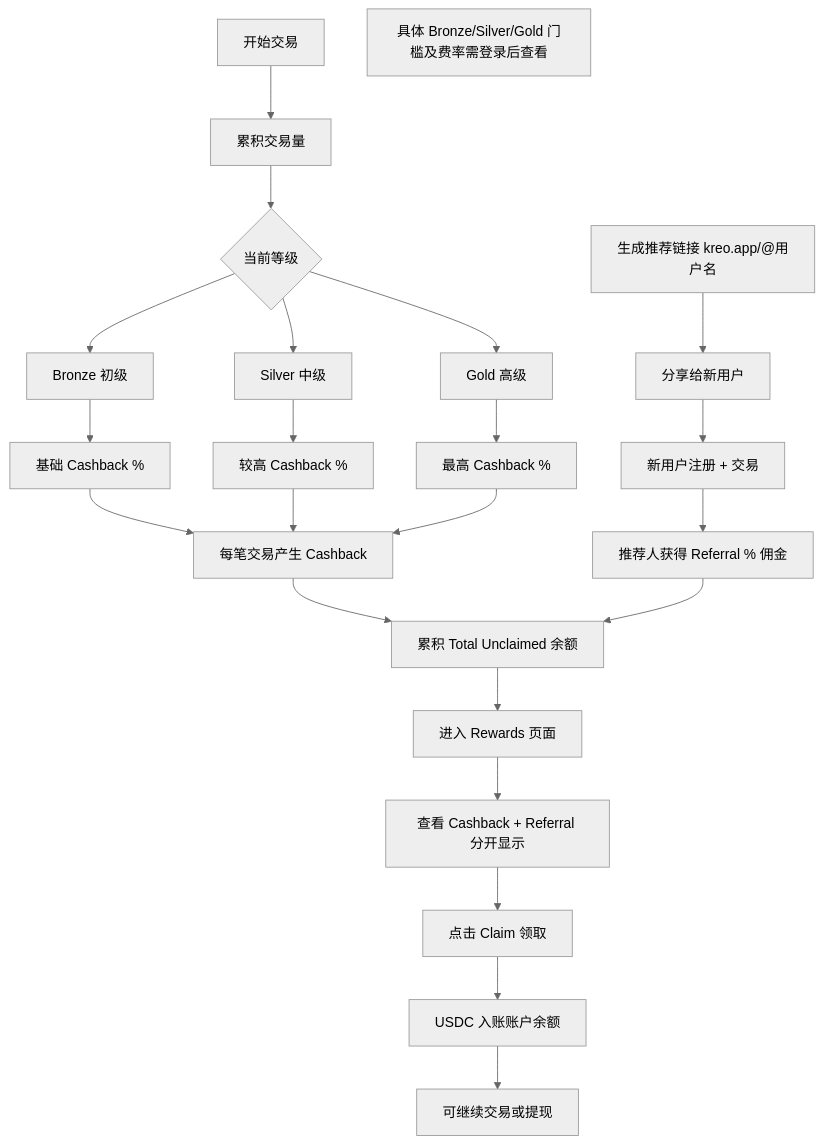
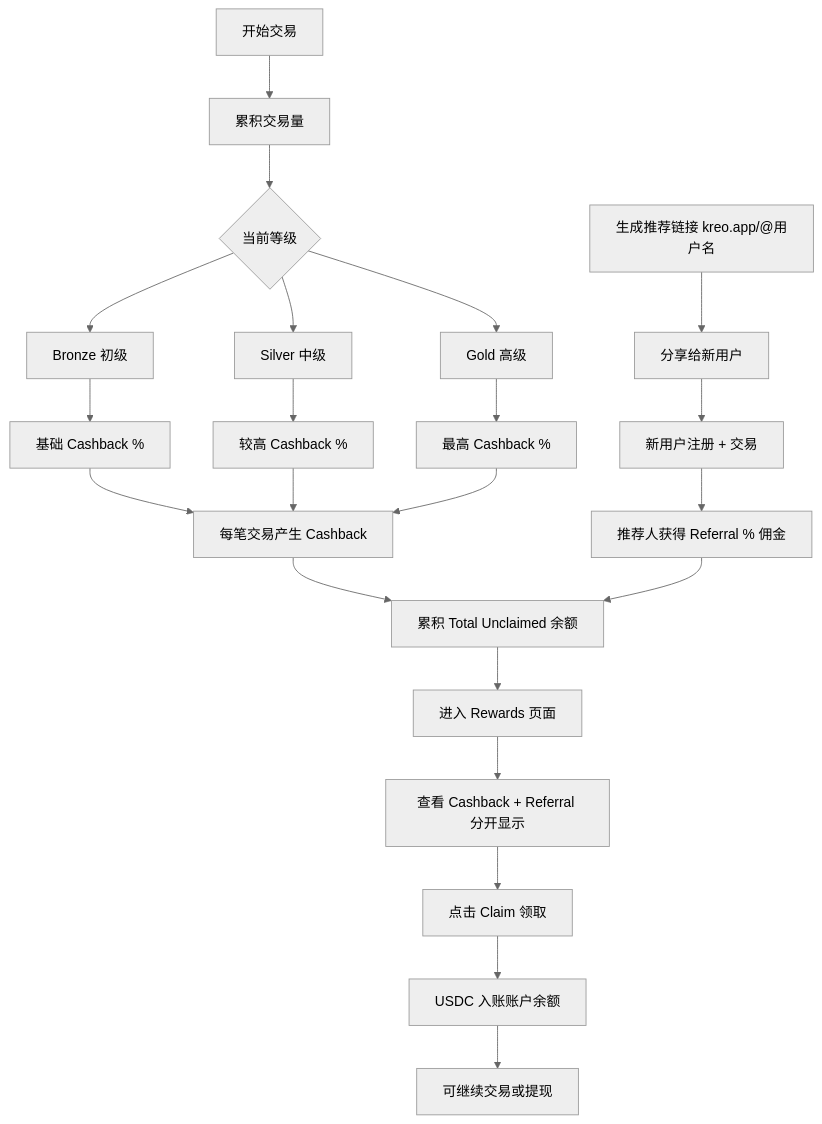
The sixth of 17 diagrams in research/07_kreo/analysis.md (survivorff/polymarket_research), drawn with Mermaid (neutral theme) before and after one commit. The commit also changed other lines of this file and 11 other files, not shown here.

First line of the commit message:
修复所有 Mermaid 语法错误，确保流程图可正常渲染

````diff
--- a/research/07_kreo/analysis.md
+++ b/research/07_kreo/analysis.md
@@ -160,26 +160,26 @@
 ```mermaid
 flowchart TD
     A[开始交易] --> B[累积交易量]
     B --> C{当前等级}
     C --> C1[Bronze 初级]
     C --> C2[Silver 中级]
     C --> C3[Gold 高级]
     C1 --> D1[基础 Cashback %]
     C2 --> D2[较高 Cashback %]
     C3 --> D3[最高 Cashback %]
     D1 --> E[每笔交易产生 Cashback]
     D2 --> E
     D3 --> E
     E --> F[累积 Total Unclaimed 余额]
     F --> G[进入 Rewards 页面]
     G --> H[查看 Cashback + Referral 分开显示]
     H --> I[点击 Claim 领取]
     I --> J[USDC 入账账户余额]
     J --> K[可继续交易或提现]
 
     L[生成推荐链接 kreo.app/@用户名] --> M[分享给新用户]
     M --> N[新用户注册 + 交易]
     N --> O[推荐人获得 Referral % 佣金]
     O --> F
-    note1[具体 Bronze/Silver/Gold 门槛及费率需登录后查看]
+    %% 注: 具体 Bronze/Silver/Gold 门槛及费率需登录后查看
 ```
````
